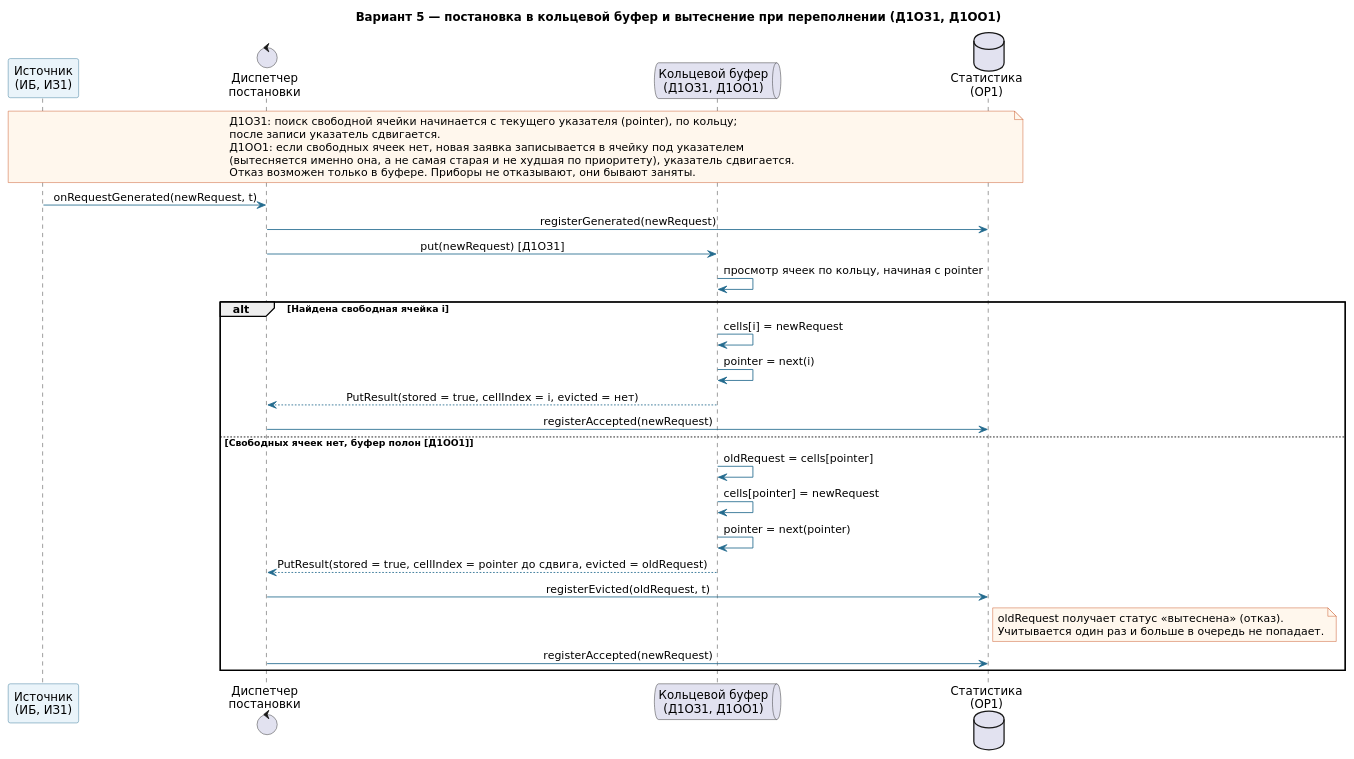
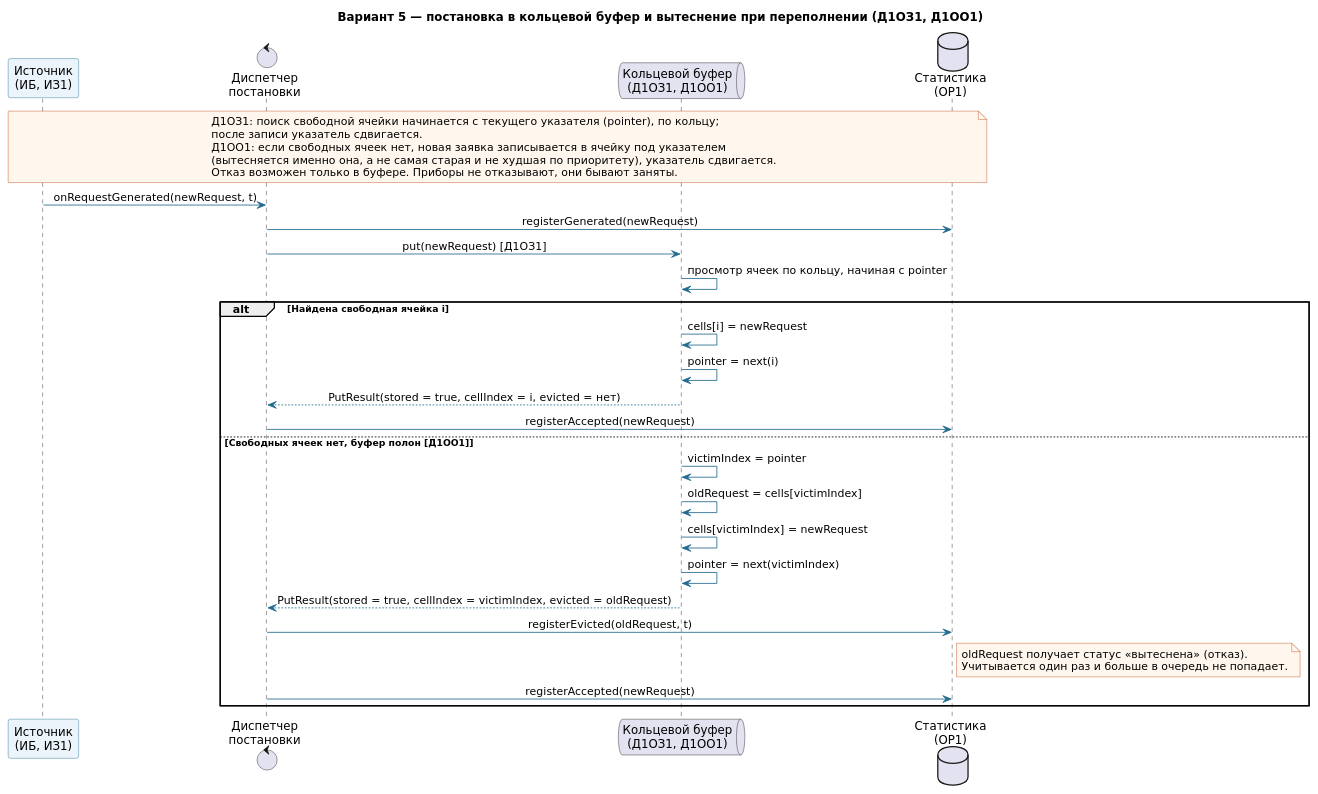
The diagram in smo-ocr-variant-5/diagrams/sequence/overflow.puml (xanaoxx/smo-ocr-variant-5), drawn with PlantUML before and after one commit.

```diff
--- a/smo-ocr-variant-5/diagrams/sequence/overflow.puml
+++ b/smo-ocr-variant-5/diagrams/sequence/overflow.puml
@@ -1,48 +1,49 @@
 @startuml
 skinparam backgroundColor white
 skinparam shadowing false
 skinparam defaultFontName DejaVu Sans
 skinparam sequenceMessageAlign center
 skinparam ArrowColor #236B8E
 skinparam ParticipantBorderColor #236B8E
 skinparam ParticipantBackgroundColor #EAF4FA
 skinparam NoteBackgroundColor #FFF7ED
 skinparam NoteBorderColor #C2410C
 
 title Вариант 5 — постановка в кольцевой буфер и вытеснение при переполнении (Д1ОЗ1, Д1ОО1)
 
 participant "Источник\n(ИБ, ИЗ1)" as Source
 control "Диспетчер\nпостановки" as Placement
 queue "Кольцевой буфер\n(Д1ОЗ1, Д1ОО1)" as Buffer
 database "Статистика\n(ОР1)" as Stats
 
 note over Source, Stats
 Д1ОЗ1: поиск свободной ячейки начинается с текущего указателя (pointer), по кольцу;
 после записи указатель сдвигается.
 Д1ОО1: если свободных ячеек нет, новая заявка записывается в ячейку под указателем
 (вытесняется именно она, а не самая старая и не худшая по приоритету), указатель сдвигается.
 Отказ возможен только в буфере. Приборы не отказывают, они бывают заняты.
 end note
 
 Source -> Placement: onRequestGenerated(newRequest, t)
 Placement -> Stats: registerGenerated(newRequest)
 Placement -> Buffer: put(newRequest) [Д1ОЗ1]
 Buffer -> Buffer: просмотр ячеек по кольцу, начиная с pointer
 alt Найдена свободная ячейка i
   Buffer -> Buffer: cells[i] = newRequest
   Buffer -> Buffer: pointer = next(i)
   Buffer --> Placement: PutResult(stored = true, cellIndex = i, evicted = нет)
   Placement -> Stats: registerAccepted(newRequest)
 else Свободных ячеек нет, буфер полон [Д1ОО1]
-  Buffer -> Buffer: oldRequest = cells[pointer]
-  Buffer -> Buffer: cells[pointer] = newRequest
-  Buffer -> Buffer: pointer = next(pointer)
-  Buffer --> Placement: PutResult(stored = true, cellIndex = pointer до сдвига, evicted = oldRequest)
+  Buffer -> Buffer: victimIndex = pointer
+Buffer -> Buffer: oldRequest = cells[victimIndex]
+Buffer -> Buffer: cells[victimIndex] = newRequest
+Buffer -> Buffer: pointer = next(victimIndex)
+Buffer --> Placement: PutResult(stored = true, cellIndex = victimIndex, evicted = oldRequest)
   Placement -> Stats: registerEvicted(oldRequest, t)
   note right of Stats
   oldRequest получает статус «вытеснена» (отказ).
   Учитывается один раз и больше в очередь не попадает.
   end note
   Placement -> Stats: registerAccepted(newRequest)
 end
 @enduml
```
